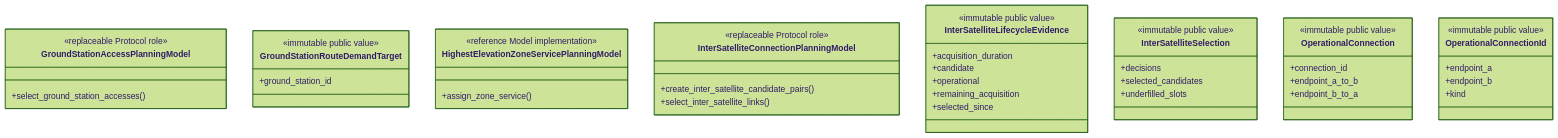
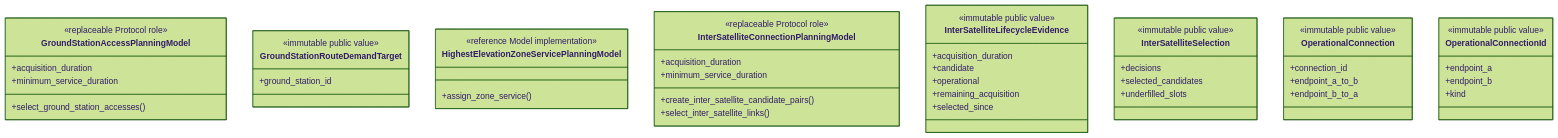
The third of 8 diagrams in skyseed_v2/src/skyseed_v2/simulator/planning/README.md (seed-labs/skyseed), drawn with Mermaid (forest theme) before and after one commit. The commit also changed other lines of this file and 178 other files, not shown here.

````diff
--- a/skyseed_v2/src/skyseed_v2/simulator/planning/README.md
+++ b/skyseed_v2/src/skyseed_v2/simulator/planning/README.md
@@ -317,46 +315,50 @@
 ```mermaid
 classDiagram
     class GroundStationAccessPlanningModel {
         <<replaceable Protocol role>>
+        +acquisition_duration
+        +minimum_service_duration
         +select_ground_station_accesses()
     }
     class GroundStationRouteDemandTarget {
         <<immutable public value>>
         +ground_station_id
     }
     class HighestElevationZoneServicePlanningModel {
         <<reference Model implementation>>
         +assign_zone_service()
     }
     class InterSatelliteConnectionPlanningModel {
         <<replaceable Protocol role>>
+        +acquisition_duration
         +create_inter_satellite_candidate_pairs()
+        +minimum_service_duration
         +select_inter_satellite_links()
     }
     class InterSatelliteLifecycleEvidence {
         <<immutable public value>>
         +acquisition_duration
         +candidate
         +operational
         +remaining_acquisition
         +selected_since
     }
     class InterSatelliteSelection {
         <<immutable public value>>
         +decisions
         +selected_candidates
         +underfilled_slots
     }
     class OperationalConnection {
         <<immutable public value>>
         +connection_id
         +endpoint_a_to_b
         +endpoint_b_to_a
     }
     class OperationalConnectionId {
         <<immutable public value>>
         +endpoint_a
         +endpoint_b
         +kind
     }
 ```
````
